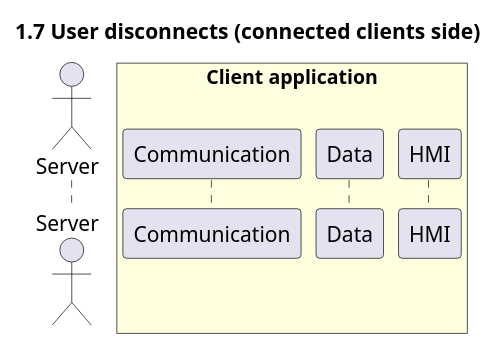
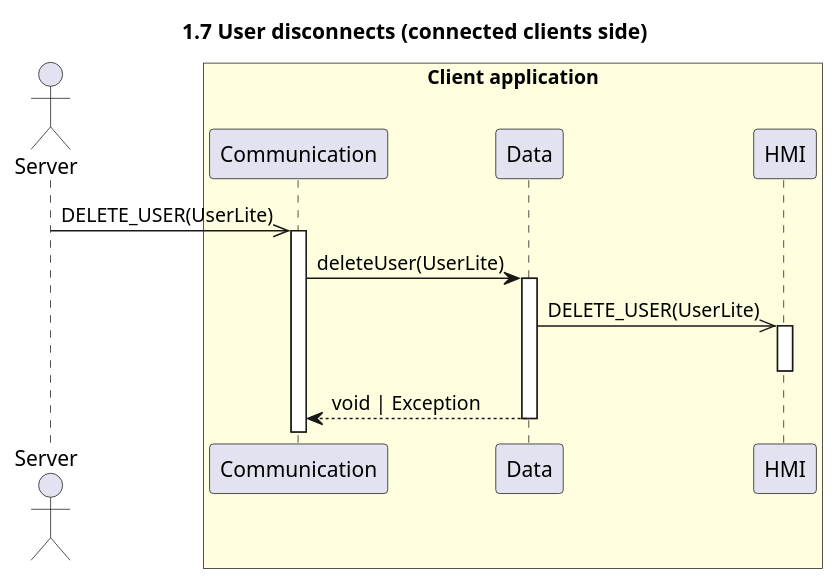
The diagram in sequence/1.7.user_disconnect_others.puml (UTCAI12/Diagrams), drawn with PlantUML before and after one commit. The commit also changed 2 other files, not shown here.

```diff
--- a/sequence/1.7.user_disconnect_others.puml
+++ b/sequence/1.7.user_disconnect_others.puml
@@ -1,11 +1,17 @@
 @startuml 1.7 User disconnects (connected clients side)
 title 1.7 User disconnects (connected clients side)
 
 actor "Server" as server
 box "Client application" #LightYellow
     participant "Communication" as com
     participant "Data" as data
     participant "HMI" as hmi
 end box
 
+server ->> com++: DELETE_USER(UserLite)
+com -> data++: deleteUser(UserLite)
+data ->> hmi++: DELETE_USER(UserLite)
+deactivate hmi
+return void | Exception
+
 @enduml
```
